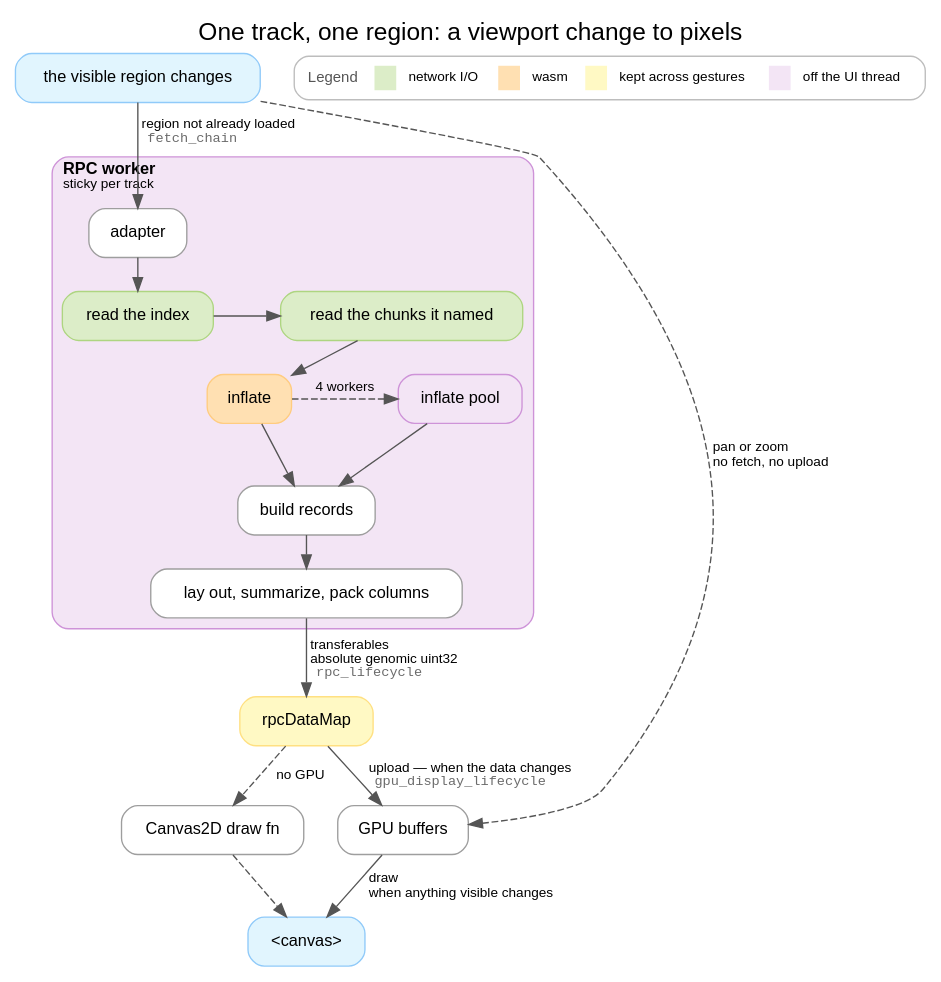
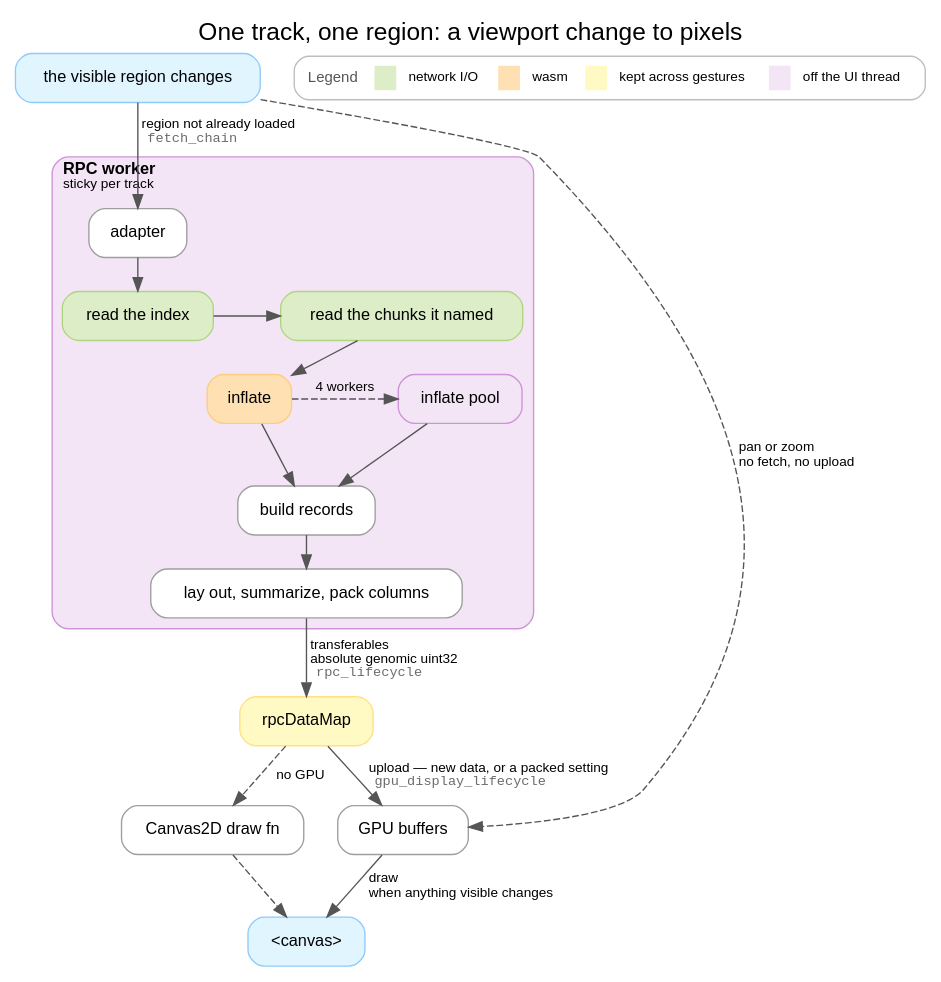
The diagram in website/diagrams/dataflow.dot (GMOD/jbrowse-components), drawn with Graphviz before and after one commit. The commit also changed 3 other files, not shown here.

```diff
--- a/website/diagrams/dataflow.dot
+++ b/website/diagrams/dataflow.dot
@@ -1,163 +1,172 @@
 // Source for /img/dataflow.png, embedded by docs/developer_guides/dataflow.md.
 //
 // THE WHOLE PATH, ONE TRACK, ONE REGION — a viewport change to pixels. Three
 // other diagrams already draw a segment of it in full, and this one exists
 // because none of them says where the segments meet:
 //
 //   fetch_chain.dot          the fetch DECISION, in detail. It is one edge here
 //                            ("region not already loaded"), and that edge's
 //                            debounce, byte gate, staleness check and
 //                            generation counter are its whole figure.
 //   rpc_lifecycle.dot        the worker BOUNDARY, in detail — the serialize and
 //                            deserialize hooks this draws as one crossing.
 //   gpu_display_lifecycle    the two autoruns, in detail. Here they are the two
 //     .dot                   labelled edges out of rpcDataMap.
 //
 // So a node here is a whole figure there, and the rule for what to add is
 // whether it changes where the segments meet. Each of the three is NAMED in
 // courier on the edge it details, so a reader who wants the detail of a
 // crossing can read the figure's name off the crossing.
 //
 // THE ARROWS CARRY THE IDEA, as in gpu_display_tldr.dot. The one edge a reader
 // should leave with is the dashed `view -> gpu`: a pan or a zoom re-enters at
 // the buffers that are already on the card. Every mechanism in the three
 // detailed figures exists to keep that edge available.
+//
+// THE UPLOAD EDGE NAMES TWO TRIGGERS, and it has to. The page under this figure
+// turns on there being three rates rather than two: a color scheme, a sort
+// order and a row grouping are packed INTO the instance buffer, so changing one
+// re-encodes and re-uploads without going back to the worker. An upload edge
+// reading `when the data changes` left that rate off the picture entirely, and
+// the page said the opposite of it for a while -- that a recolor and a re-sort
+// were shader parameters like a pan. They are not; only a plot-wide scalar such
+// as opacity is.
 //
 // COLOUR MEANS SOMETHING HERE, which it does not in the site's other diagrams —
 // they use the palette to separate a cluster from its surroundings. A legend
 // buys that back, and the four meanings are the ones a reader of this pipeline
 // asks about: what touches the network, what is wasm, what survives the next
 // gesture, and what is off the UI thread.
 //
 // The four are the same four @gmod/bam's docs/img/dataflow.dot uses, in the
 // site's Material tints rather than its Primer ones, deliberately: the BAM
 // adapter node here IS that figure, so a reader who follows the link should
 // find green still meaning I/O. tabix-js, cram-js and hic share the legend too.
 //
 // MAIN PATH ONLY. Left out, and named in the page instead: the text-search
 // index, the assembly/refName load that precedes any of this, `renderSvg` (an
 // export runs the same Canvas2D function, which is why that node is on the
 // figure while the export is not), and every non-LGV view — synteny and dotplot
 // own their fetch and share one canvas across displays.
 //
 // ALSO LEFT OUT, and the one omission the LEGEND overstates: whether the
 // cluster is off the UI thread at all is the host's decision. jbrowse-web and
 // desktop spawn the pool; an embedded component runs every node in this box on
 // the main thread until the page passes `makeWorkerInstance`, so "off the UI
 // thread" is the main path rather than a property of the architecture. Drawing
 // both would cost the figure its spine, so the page carries it under "Where the
 // worker sits".
 digraph dataflow {
   rankdir=TB
   labelloc=t
   fontname="Helvetica"
   fontsize=18
   label="One track, one region: a viewport change to pixels"
   nodesep=0.35
   ranksep=0.34
 
   node [shape=box style="filled,rounded" fillcolor="#ffffff" color="#9e9e9e"
         fontname="Helvetica" fontsize=12 margin="0.16,0.08"]
   edge [color="#555555" fontname="Helvetica" fontsize=10]
 
   view [label="the visible region changes" fillcolor="#e1f5fe" color="#90caf9"]
 
   // The RPC worker is a box rather than a fill because the boundary is the
   // subject of half the page under it, and because the pool inside it is then
   // legibly a pool WITHIN a worker — which is the fact that makes it nested
   // workers, and the reason it can silently not exist.
   subgraph cluster_worker {
     label=<<b>RPC worker</b><br align="left"/><font point-size="10">sticky per track</font><br align="left"/>>
     labelloc=t
     labeljust=l
     fontname="Helvetica"
     fontsize=12
     style="filled,rounded"
     fillcolor="#f3e5f5"
     color="#ce93d8"
 
     adapter [label="adapter"]
     index   [label="read the index" fillcolor="#dcedc8" color="#aed581"]
     range   [label="read the chunks it named" fillcolor="#dcedc8" color="#aed581"]
     inflate [label="inflate" fillcolor="#ffe0b2" color="#ffcc80"]
     pool    [label="inflate pool" fillcolor="#f3e5f5" color="#ce93d8"]
     parse   [label="build records"]
     compute [label="lay out, summarize, pack columns"]
 
     // Two horizontal pairs, which is what keeps a twelve-step pipeline from
     // rendering as a strip too tall to read at column width. Each pair is a
     // step and something beside it: the index read and the chunk reads are one
     // trip to the file, and the pool takes the same blocks `inflate` would have
     // done itself and hands them back to the same `build records`.
     //
     // Safe because both members of each pair are inside this cluster — a
     // rankset spanning the border EVICTS the member that is inside it (see
     // rpc_lifecycle.dot).
     { rank=same; index; range }
     { rank=same; inflate; pool }
   }
 
   data    [label="rpcDataMap" fillcolor="#fff9c4" color="#ffe082"]
   // Declared (and edged) before `gpu` so dot puts the Canvas2D branch on the
   // LEFT and the GPU buffers on the right, under the pan/zoom edge's own
   // descent. The other order costs a crossing right where the reader is trying
   // to see which of the two boxes that edge arrives at.
   draw2d  [label="Canvas2D draw fn"]
   gpu     [label="GPU buffers"]
   screen  [label="<canvas>" fillcolor="#e1f5fe" color="#90caf9"]
 
   view -> adapter [label=<  region not already loaded<br align="left"/>  <font face="Courier" color="#6b6b6b">fetch_chain</font><br align="left"/>>]
   adapter -> index
   index -> range
   range -> inflate
   inflate -> pool [style=dashed label=" 4 workers "]
   pool -> parse
   inflate -> parse
   parse -> compute
   compute -> data [label=<  transferables<br align="left"/>  absolute genomic uint32<br align="left"/>  <font face="Courier" color="#6b6b6b">rpc_lifecycle</font><br align="left"/>>]
 
   // The floor, and the reason it is drawn: an SVG export runs this same
   // function, so on-screen and exported pixels cannot drift. Dashed because a
   // display with a working GPU backend does not take it.
   data -> draw2d [style=dashed label=" no GPU "]
   draw2d -> screen [style=dashed]
 
-  data -> gpu [label=<  upload — when the data changes<br align="left"/>  <font face="Courier" color="#6b6b6b">gpu_display_lifecycle</font><br align="left"/>>]
+  data -> gpu [label=<  upload — new data, or a packed setting<br align="left"/>  <font face="Courier" color="#6b6b6b">gpu_display_lifecycle</font><br align="left"/>>]
   gpu -> screen [label=<  draw<br align="left"/>  when anything visible changes<br align="left"/>>]
 
   // The edge the figure is for. constraint=false so closing the loop does not
   // pull `gpu` up a rank and cross the chain it belongs to.
   view -> gpu [style=dashed constraint=false
                label=<  pan or zoom<br align="left"/>  no fetch, no upload<br align="left"/>>]
 
   // One node holding a table, and the table is a ROW.
   //
   // Four nodes chained by invisible edges — the shape this was — take four
   // RANKS, and dot aligns those with the pipeline's own, so the legend stretched
   // down the full height of the figure with the gaps between its swatches set by
   // whatever node happened to sit beside each one.
   //
   // A table is laid out inside its node, which fixes that, but a column of four
   // rows is then one tall node in one rank and adds its whole height to the
   // figure (+150px, measured). Laid out as a row it sits beside the entry point
   // in a rank that was mostly empty, and costs nothing in either direction.
   //
   // `pack=true` is the other standard answer for a legend as a disconnected
   // component, and it is wrong here: it lays each component out separately and
   // drops every edge label on the way, which is most of this figure's content.
   legend [shape=plaintext margin=0 label=<
     <table border="1" style="rounded" cellborder="0" cellspacing="6" cellpadding="3" color="#bdbdbd">
       <tr>
         <td><font point-size="11" color="#555555">Legend</font></td>
         <td bgcolor="#dcedc8" width="16"></td><td align="left"><font point-size="10">network I/O</font></td>
         <td bgcolor="#ffe0b2" width="16"></td><td align="left"><font point-size="10">wasm</font></td>
         <td bgcolor="#fff9c4" width="16"></td><td align="left"><font point-size="10">kept across gestures</font></td>
         <td bgcolor="#f3e5f5" width="16"></td><td align="left"><font point-size="10">off the UI thread</font></td>
       </tr>
     </table>>]
 
   // Beside the entry point, which is where a reader first meets a colour. Safe
   // as a rankset because neither member is inside a cluster.
   { rank=same; view; legend }
 
 }
```
